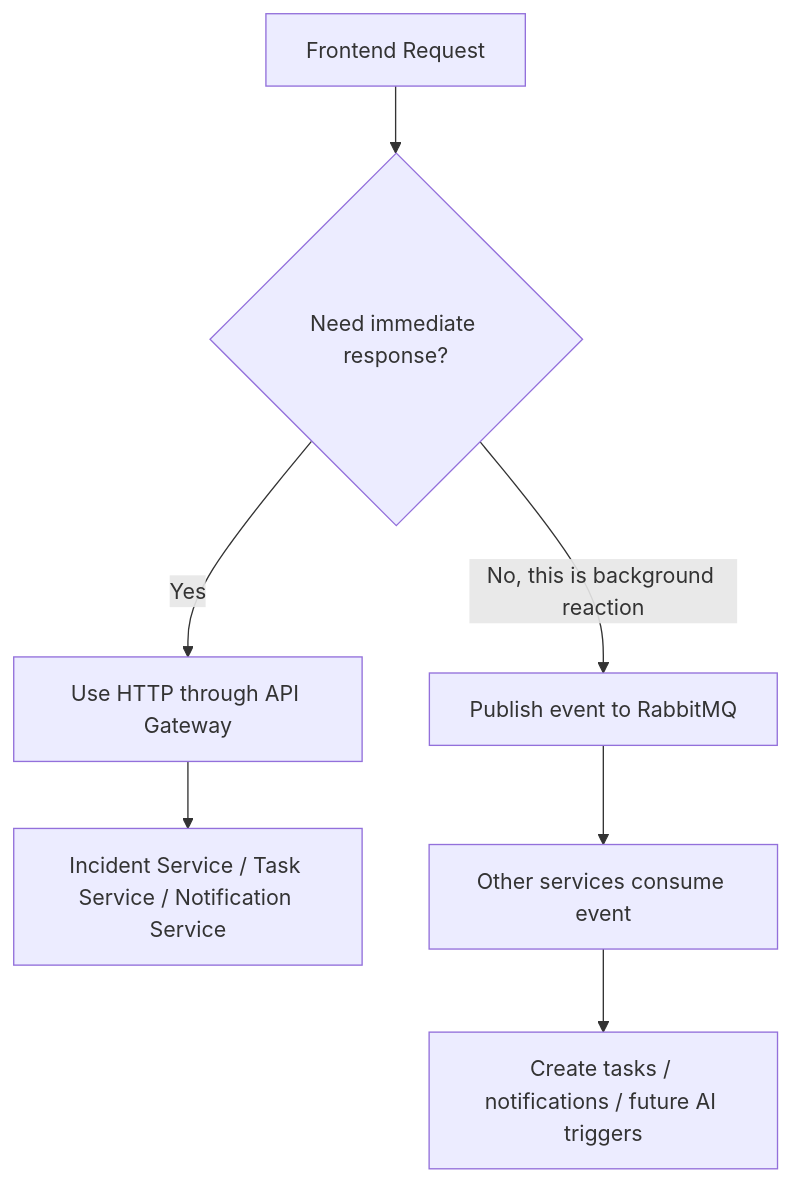
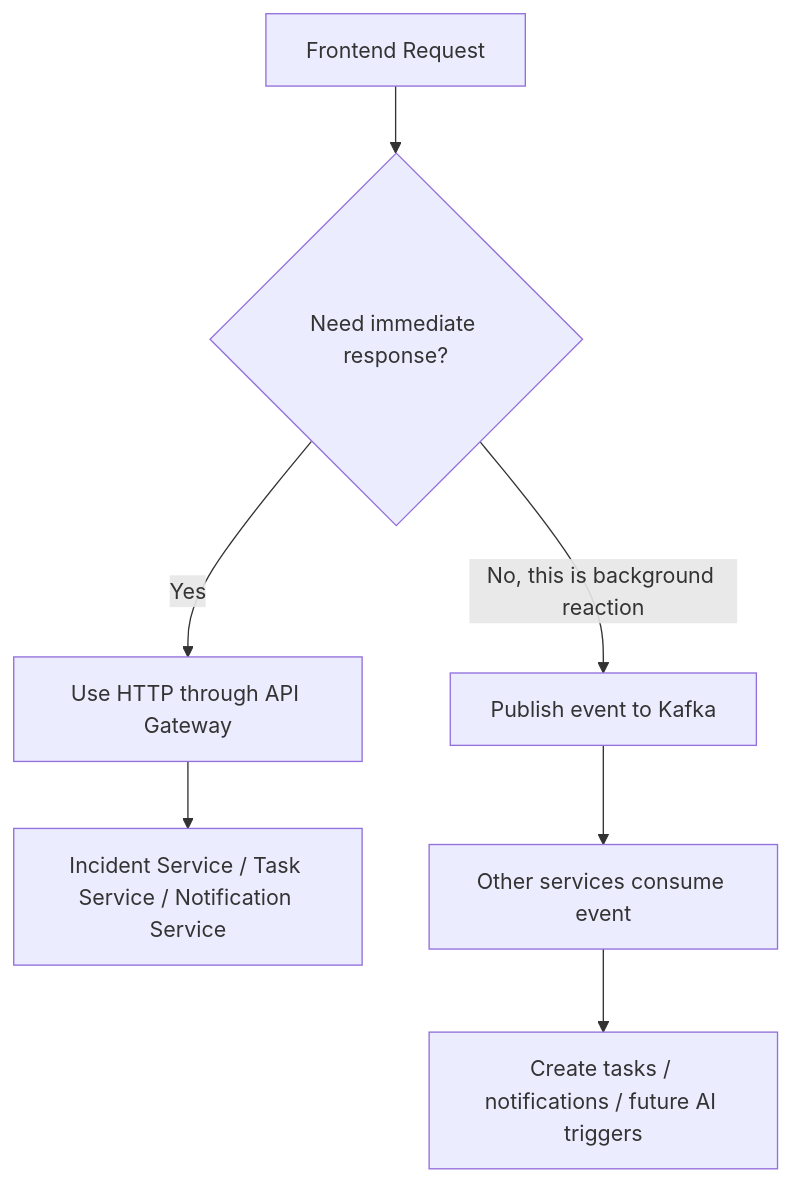
The third of 3 diagrams in docs/phase-3-architecture.md (hanzala-bhutto/Disaster-Response-Command-Platform), drawn with Mermaid before and after one commit. The commit also changed other lines of this file and 33 other files, not shown here.

First line of the commit message:
Refactor messaging system from RabbitMQ to Kafka across the platform

````diff
--- a/docs/phase-3-architecture.md
+++ b/docs/phase-3-architecture.md
@@ -73,10 +73,10 @@
 ```mermaid
 flowchart TD
 	A[Frontend Request] --> B{Need immediate response?}
 	B -- Yes --> C[Use HTTP through API Gateway]
 	C --> D[Incident Service / Task Service / Notification Service]
 
-	B -- No, this is background reaction --> E[Publish event to RabbitMQ]
+	B -- No, this is background reaction --> E[Publish event to Kafka]
 	E --> F[Other services consume event]
 	F --> G[Create tasks / notifications / future AI triggers]
 ```
````
